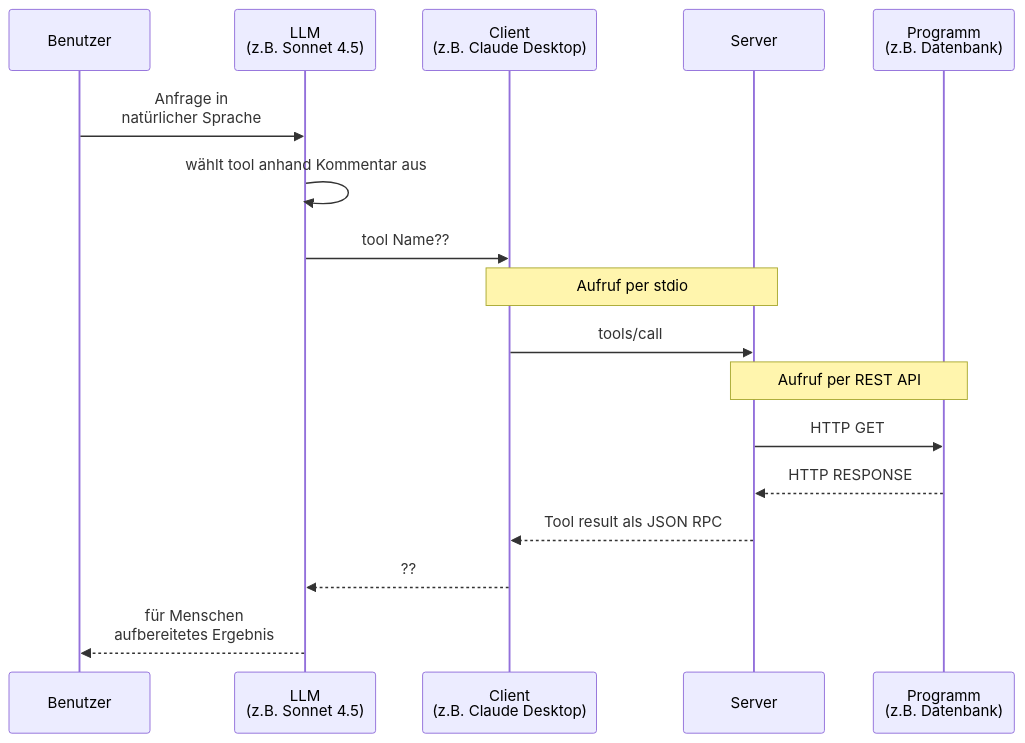
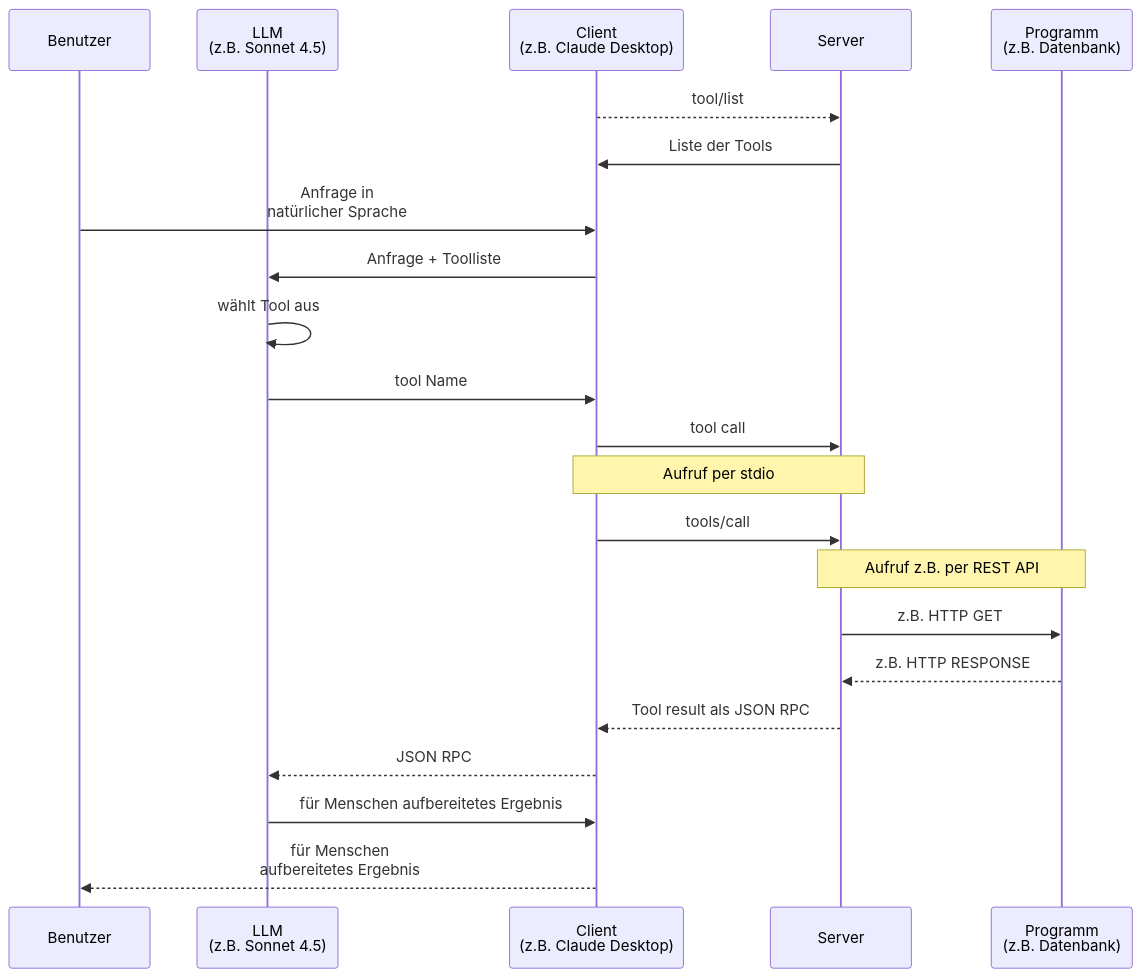
One commit to FlowTheTensor/SQLite-per-MCP changed the second of 4 diagrams in README.md. Above: the diagram before and after it, drawn with Mermaid.

Commit message:
mermaid anpassung client zentral

````diff
--- a/README.md
+++ b/README.md
@@ -40,21 +40,25 @@
 ```mermaid
 sequenceDiagram
 participant User as Benutzer
 participant LLM as LLM <br>(z.B. Sonnet 4.5)
     participant Client as Client<br> (z.B. Claude Desktop)
     participant Server as Server
     participant App as Programm <br>(z.B. Datenbank)
-
-   User->>LLM: Anfrage in <br>natürlicher Sprache
-   LLM->>LLM: wählt tool anhand Kommentar aus
-   LLM->>Client: tool Name??
+   Client-->>Server: tool/list
+   Server->>Client: Liste der Tools
+   User->>Client: Anfrage in <br>natürlicher Sprache
+   Client->>LLM: Anfrage + Toolliste
+   LLM->>LLM: wählt Tool aus
+   LLM->>Client: tool Name
+   Client->>Server: tool call
     Note over Client,Server: Aufruf per stdio
     Client->>Server: tools/call
-    Note over Server,App: Aufruf per REST API
-    Server->>App: HTTP GET
-    App-->>Server: HTTP RESPONSE
+    Note over Server,App: Aufruf z.B. per REST API
+    Server->>App: z.B. HTTP GET
+    App-->>Server: z.B. HTTP RESPONSE
     Server-->>Client: Tool result als JSON RPC
-    Client-->>LLM: ??
-    LLM-->>User: für Menschen <br>aufbereitetes Ergebnis
+    Client-->>LLM: JSON RPC
+    LLM->>Client: für Menschen aufbereitetes Ergebnis
+    Client-->>User: für Menschen <br>aufbereitetes Ergebnis
    
 ```
````
